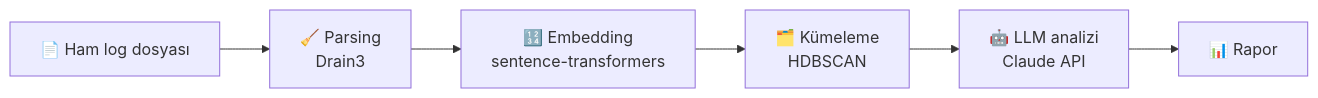
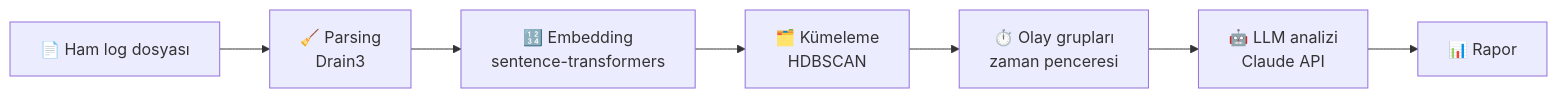
One commit to Berkaycetinn/log-analyzer changed the diagram in README.md. Above: the diagram before and after it, drawn with Mermaid. The commit also changed other lines of this file, not shown here.

````diff
--- a/README.md
+++ b/README.md
@@ -43,8 +43,9 @@
 ```mermaid
 flowchart LR
     A[📄 Ham log dosyası] --> B[🧹 Parsing<br/>Drain3]
     B --> C[🔢 Embedding<br/>sentence-transformers]
     C --> D[🗂️ Kümeleme<br/>HDBSCAN]
-    D --> E[🤖 LLM analizi<br/>Claude API]
+    D --> G[⏱️ Olay grupları<br/>zaman penceresi]
+    G --> E[🤖 LLM analizi<br/>Claude API]
     E --> F[📊 Rapor]
 ```
````
